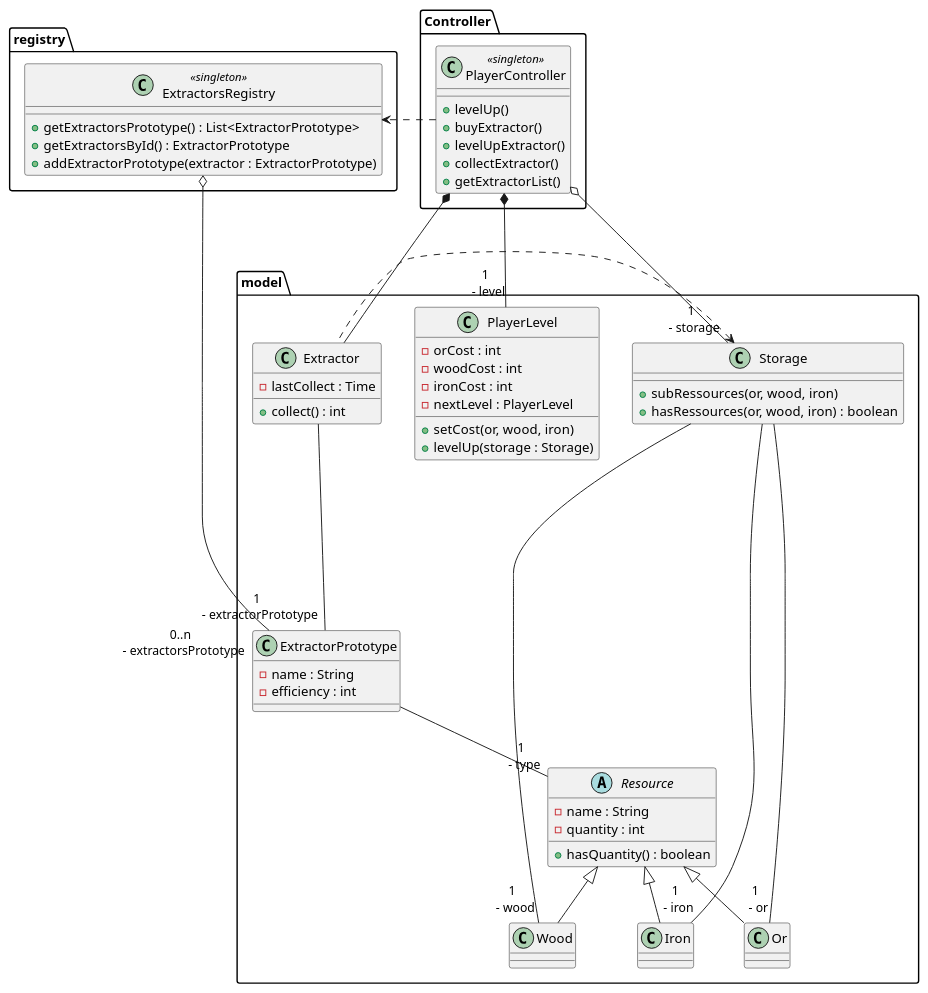
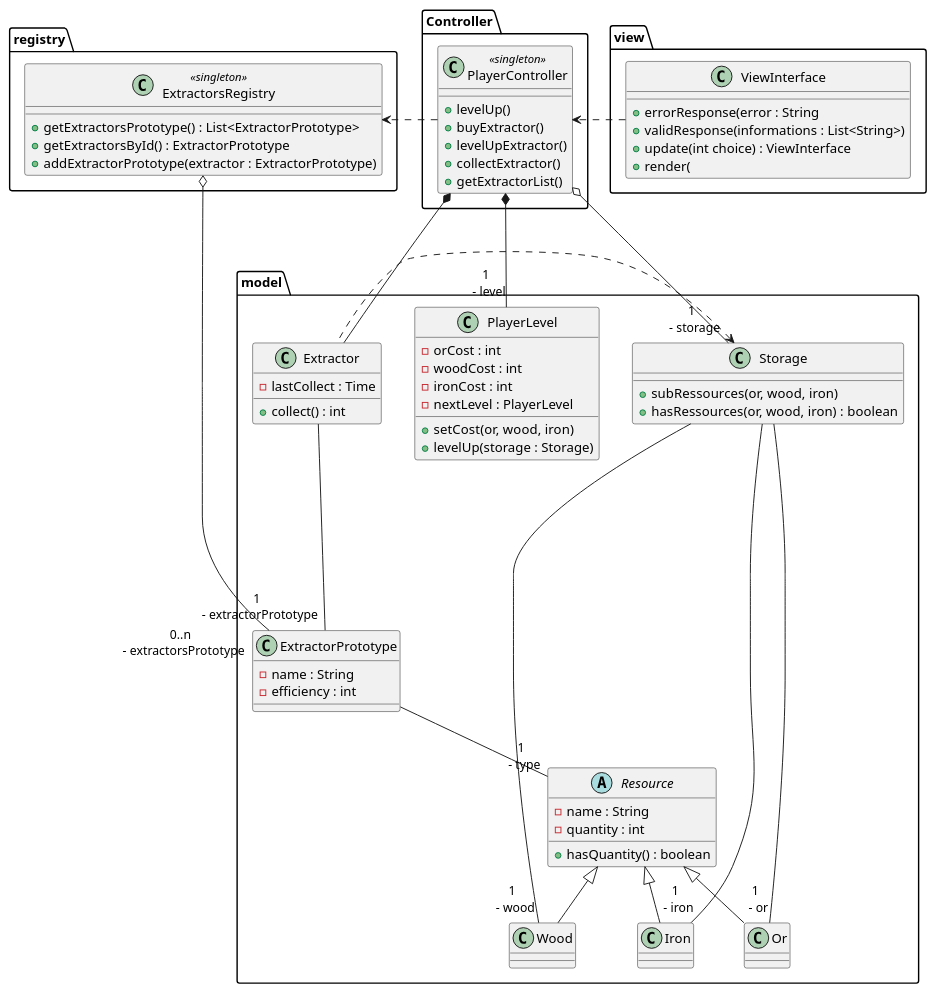
The diagram in ProjectManagment/UML/DGeneralClass.puml (skelirphoteman/Resource-Management-Game), drawn with PlantUML before and after one commit. The commit also changed 1 other file, not shown here.

Commit message:
Integrate ViewInterface into uml class

```diff
--- a/ProjectManagment/UML/DGeneralClass.puml
+++ b/ProjectManagment/UML/DGeneralClass.puml
@@ -1,78 +1,90 @@
 @startuml
 'https://plantuml.com/class-diagram
 
 package Controller{
     class PlayerController <<singleton>>{
         + levelUp()
         + buyExtractor()
         + levelUpExtractor()
         + collectExtractor()
         + getExtractorList()
     }
 
 }
 
 package registry {
     class ExtractorsRegistry <<singleton>>{
          + getExtractorsPrototype() : List<ExtractorPrototype>
          + getExtractorsById() : ExtractorPrototype
          + addExtractorPrototype(extractor : ExtractorPrototype)
      }
 }
 
 package model {
 
 
 
     ExtractorsRegistry o-- "0..n \n - extractorsPrototype" ExtractorPrototype
     Extractor .left.> Storage
     PlayerController .right.> ExtractorsRegistry
 
     class ExtractorPrototype {
         - name : String
         - efficiency : int
     }
     class Extractor {
         - lastCollect : Time
         + collect() : int
     }
     PlayerController *-- Extractor
     ExtractorPrototype -- "1 \n - type"Resource
     Extractor ---- "1 \n - extractorPrototype" ExtractorPrototype
 
     PlayerController *--- "1 \n - level" PlayerLevel
     PlayerController o-- "1 \n - storage" Storage
     abstract class Resource{
         - name : String
         - quantity : int
         + hasQuantity() : boolean
     }
 
     class Storage {
         + subRessources(or, wood, iron)
         + hasRessources(or, wood, iron) : boolean
     }
     Storage -- "1 \n - or" Or
     Storage -- "1 \n - wood" Wood
     Storage -- "1 \n - iron" Iron
 
     class Or extends Resource {
     }
 
     class Wood extends Resource {
     }
 
 
     class Iron extends Resource {
     }
 
     class PlayerLevel {
         - orCost : int
         - woodCost : int
         - ironCost : int
         - nextLevel : PlayerLevel
         + setCost(or, wood, iron)
         + levelUp(storage : Storage)
     }
 }
+
+
+package view {
+    class ViewInterface {
+     + errorResponse(error : String
+     + validResponse(informations : List<String>)
+     + update(int choice) : ViewInterface
+     + render(
+    }
+}
+
+ViewInterface .right.> PlayerController
 @enduml
```
